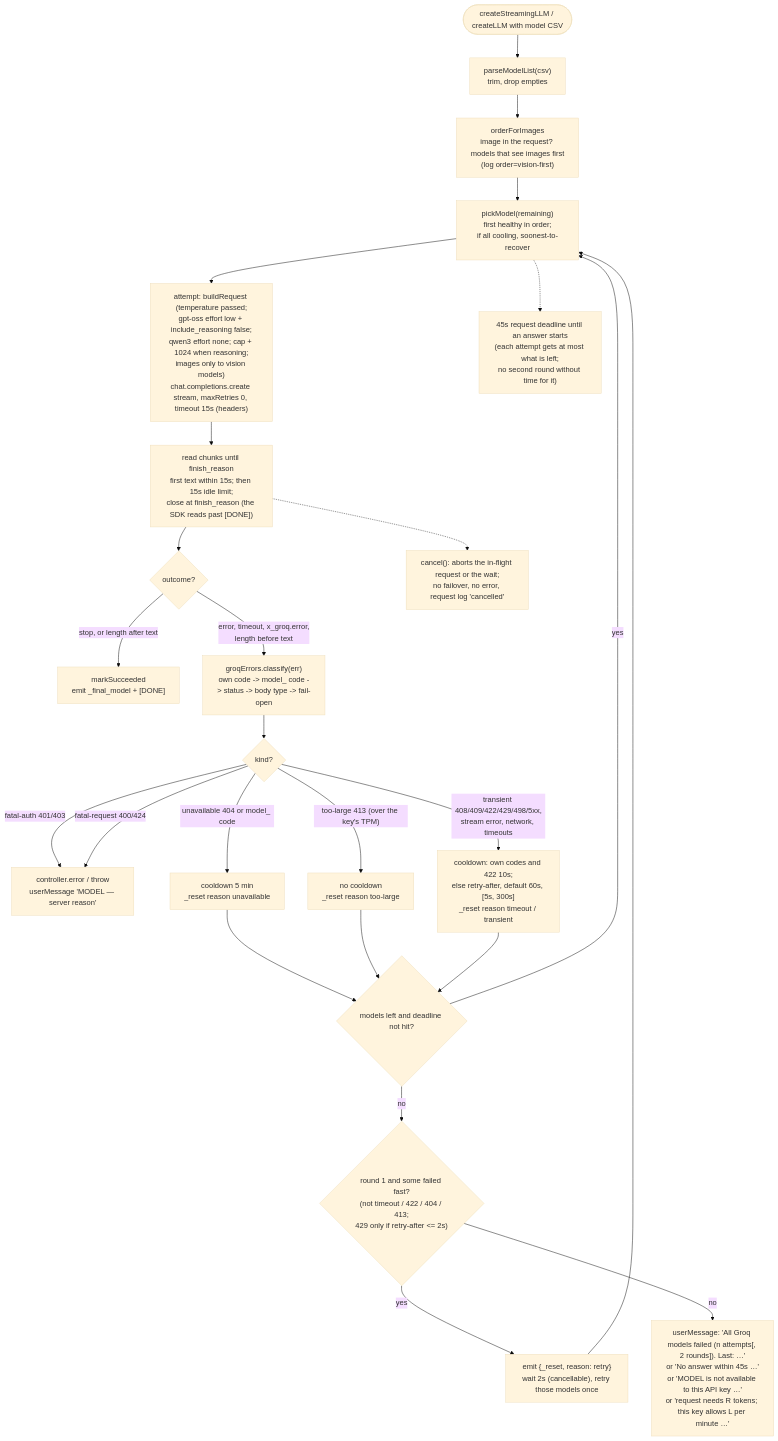
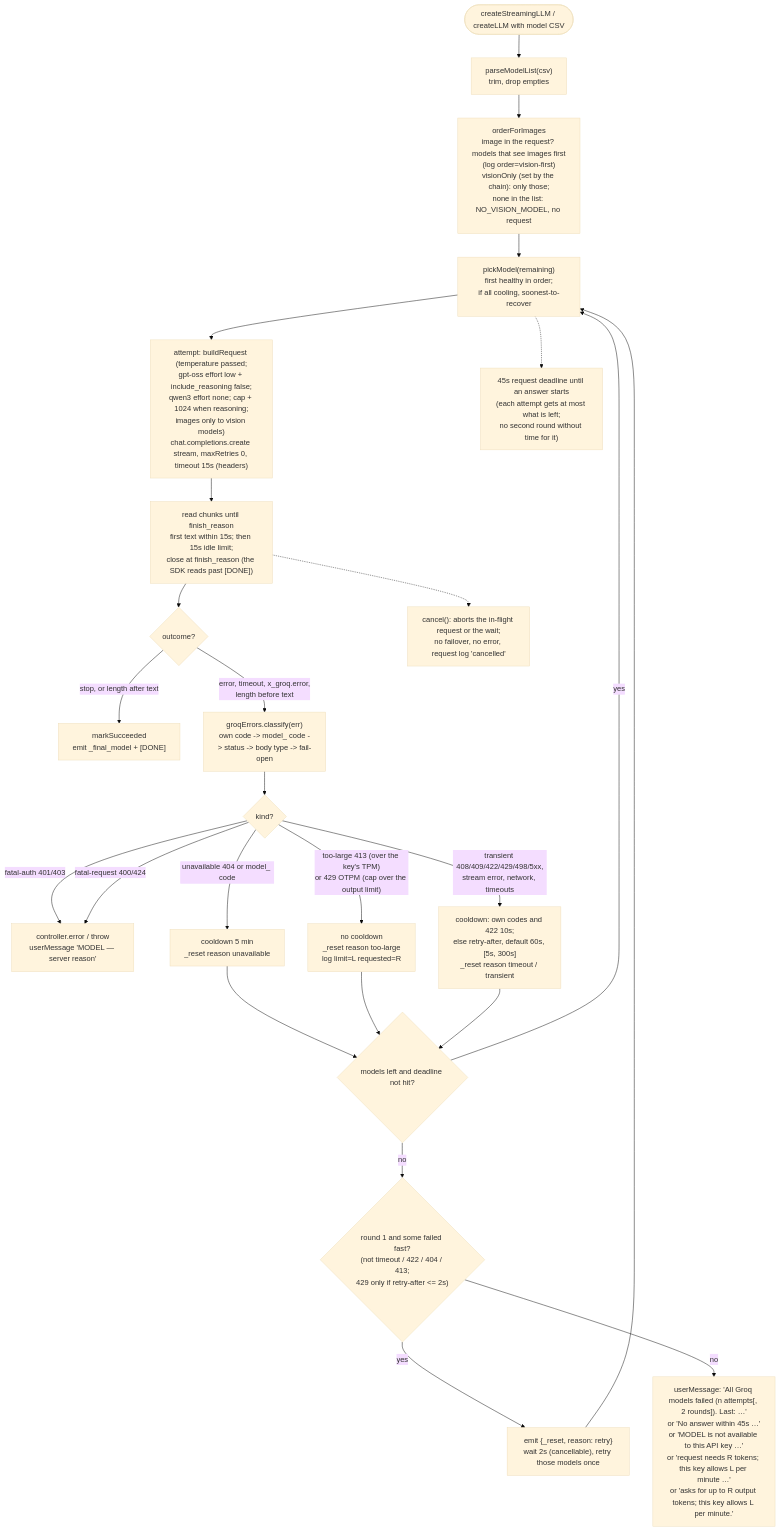
Before and after one commit to tas88-sys/glass: the diagram in docs/diagrams/16-groq-failover.mmd, drawn with Mermaid (base theme). The commit also changed 27 other files, not shown here.

First line of the commit message:
send Ask screenshots to a model that sees them, and stop cutting long Ask answers on Groq

```diff
--- a/docs/diagrams/16-groq-failover.mmd
+++ b/docs/diagrams/16-groq-failover.mmd
@@ -1,37 +1,37 @@
 %% 16 - Groq LLM failover
 %% User supplies a comma-separated Groq model list in Settings, e.g.
 %%   openai/gpt-oss-120b,openai/gpt-oss-20b,qwen/qwen3.8-27b
 %% One loop serves streamChat and chat/generateContent (both stream on the wire).
 %% The SDK never retries (maxRetries: 0); every wait is the loop's.
 %% Source: groq.js (runWithFailover / runAttempt) + groqErrors.js + modelHealth.js
 flowchart TB
     start(["createStreamingLLM / createLLM with model CSV"]) --> parse["parseModelList(csv)<br/>trim, drop empties"]
-    parse --> order["orderForImages<br/>image in the request? models that see images first<br/>(log order=vision-first)"]
+    parse --> order["orderForImages<br/>image in the request? models that see images first<br/>(log order=vision-first)<br/>visionOnly (set by the chain): only those;<br/>none in the list: NO_VISION_MODEL, no request"]
     order --> pick["pickModel(remaining)<br/>first healthy in order;<br/>if all cooling, soonest-to-recover"]
     pick --> attempt["attempt: buildRequest (temperature passed;<br/>gpt-oss effort low + include_reasoning false;<br/>qwen3 effort none; cap + 1024 when reasoning;<br/>images only to vision models)<br/>chat.completions.create stream, maxRetries 0, timeout 15s (headers)"]
     attempt --> chunks["read chunks until finish_reason<br/>first text within 15s; then 15s idle limit;<br/>close at finish_reason (the SDK reads past [DONE])"]
     chunks --> ok{"outcome?"}
 
     ok -->|"stop, or length after text"| done["markSucceeded<br/>emit _final_model + [DONE]"]
     ok -->|"error, timeout, x_groq.error,<br/>length before text"| classify["groqErrors.classify(err)<br/>own code -> model_ code -> status -> body type -> fail-open"]
     classify --> kind{"kind?"}
 
     kind -->|"fatal-auth 401/403"| fatal["controller.error / throw<br/>userMessage 'MODEL — server reason'"]
     kind -->|"fatal-request 400/424"| fatal
     kind -->|"unavailable 404 or model_ code"| unav["cooldown 5 min<br/>_reset reason unavailable"]
-    kind -->|"too-large 413 (over the key's TPM)"| large["no cooldown<br/>_reset reason too-large"]
+    kind -->|"too-large 413 (over the key's TPM)<br/>or 429 OTPM (cap over the output limit)"| large["no cooldown<br/>_reset reason too-large<br/>log limit=L requested=R"]
     kind -->|"transient 408/409/422/429/498/5xx,<br/>stream error, network, timeouts"| cool["cooldown: own codes and 422 10s;<br/>else retry-after, default 60s, [5s, 300s]<br/>_reset reason timeout / transient"]
 
     unav --> more{"models left and deadline not hit?"}
     large --> more
     cool --> more
     more -->|yes| pick
     more -->|no| round{"round 1 and some failed fast?<br/>(not timeout / 422 / 404 / 413;<br/>429 only if retry-after <= 2s)"}
     round -->|yes| retry["emit {_reset, reason: retry}<br/>wait 2s (cancellable), retry those models once"]
     retry --> pick
-    round -->|no| allfail["userMessage: 'All Groq models failed (n attempts[, 2 rounds]). Last: …'<br/>or 'No answer within 45s …'<br/>or 'MODEL is not available to this API key …'<br/>or 'request needs R tokens; this key allows L per minute …'"]
+    round -->|no| allfail["userMessage: 'All Groq models failed (n attempts[, 2 rounds]). Last: …'<br/>or 'No answer within 45s …'<br/>or 'MODEL is not available to this API key …'<br/>or 'request needs R tokens; this key allows L per minute …'<br/>or 'asks for up to R output tokens; this key allows L per minute.'"]
 
     deadline["45s request deadline until an answer starts<br/>(each attempt gets at most what is left;<br/>no second round without time for it)"]
     pick -.-> deadline
     cancel["cancel(): aborts the in-flight request or the wait;<br/>no failover, no error, request log 'cancelled'"]
     chunks -.-> cancel
```
